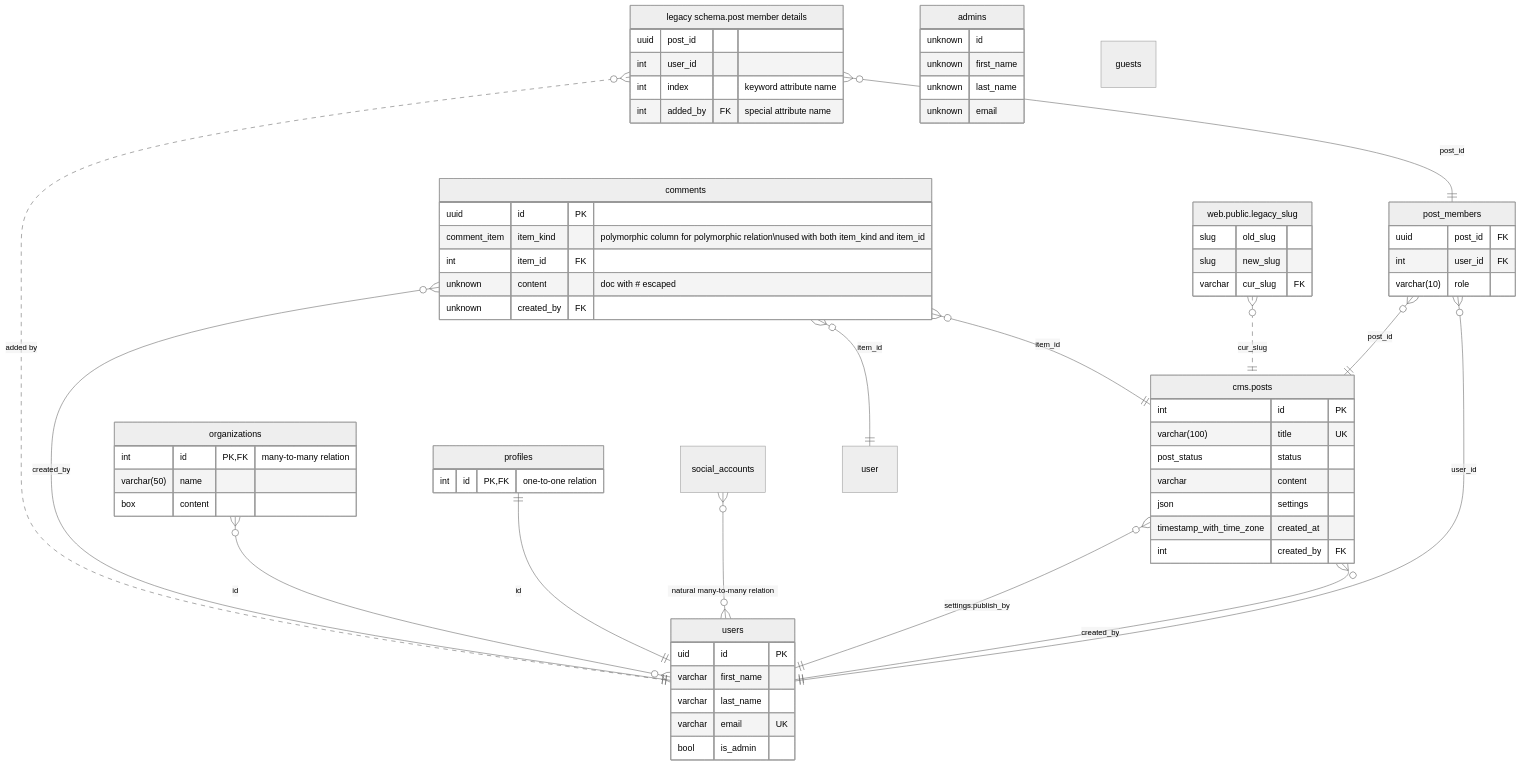
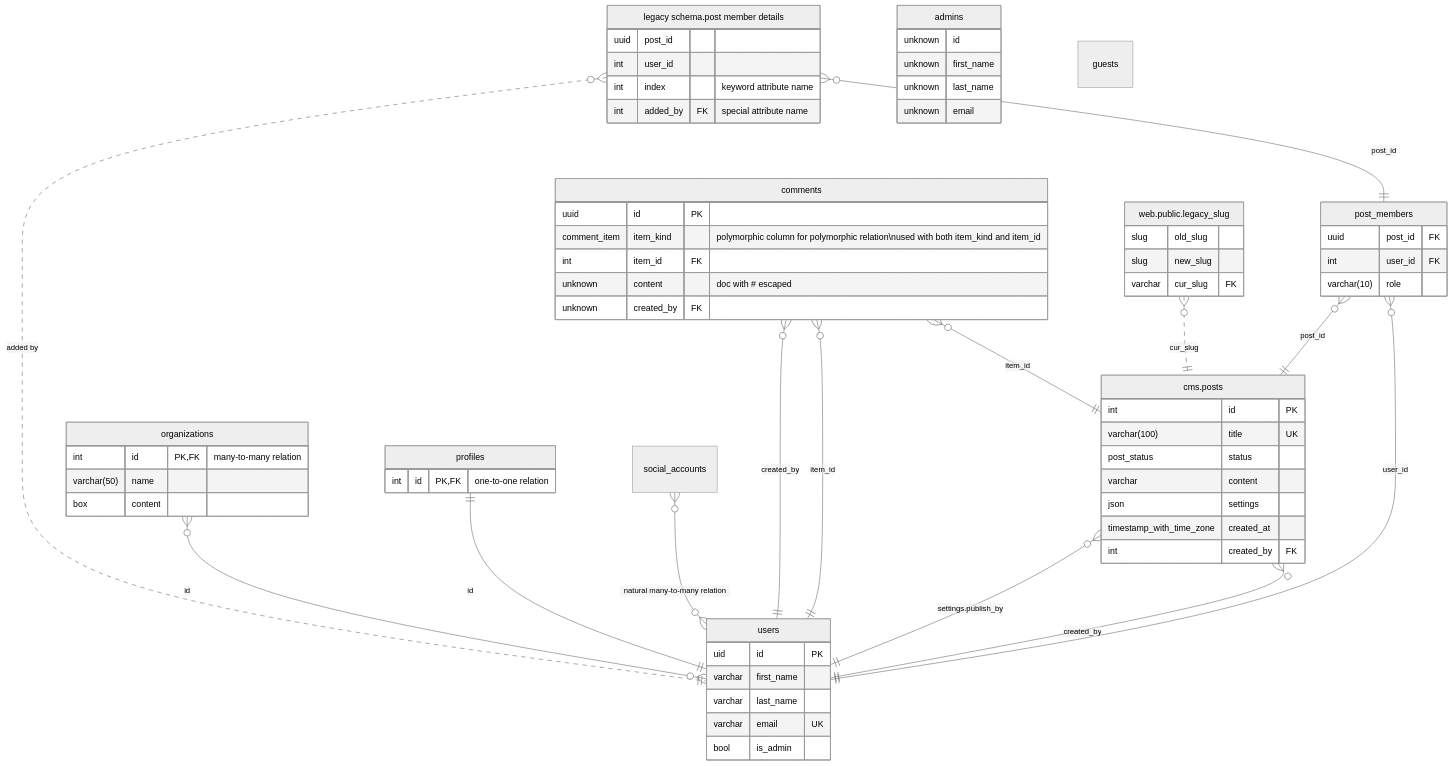
The diagram in libs/aml/resources/full.md (azimuttapp/azimutt), drawn with Mermaid (neutral theme) before and after one commit. The commit also changed other lines of this file and 6 other files, not shown here.

````diff
--- a/libs/aml/resources/full.md
+++ b/libs/aml/resources/full.md
@@ -166,81 +166,81 @@
 ```mermaid
 erDiagram
     users {
         uid id PK
         varchar first_name
         varchar last_name
         varchar email UK
         bool is_admin
     }
 
     "cms.posts" {
         int id PK
         varchar(100) title UK
         post_status status
         varchar content
         json settings
         timestamp_with_time_zone created_at
         int created_by FK
     }
     "cms.posts" }o--|| users : "settings.publish_by"
     "cms.posts" }o--|| users : created_by
 
     post_members {
         uuid post_id FK
         int user_id FK
         varchar(10) role
     }
     post_members }o--|| "cms.posts" : post_id
     post_members }o--|| users : user_id
 
     "legacy schema.post member details" {
         uuid post_id
         int user_id
         int index "keyword attribute name"
         int added_by FK "special attribute name"
     }
     "legacy schema.post member details" }o..|| users : "added by"
     "legacy schema.post member details" }o--|| post_members : post_id
 
     comments {
         uuid id PK
         comment_item item_kind "polymorphic column for polymorphic relation\nused with both item_kind and item_id"
         int item_id FK
         unknown content "doc with # escaped"
         unknown created_by FK
     }
     comments }o--|| users : created_by
-    comments }o--|| user : item_id
+    comments }o--|| users : item_id
     comments }o--|| "cms.posts" : item_id
 
     "web.public.legacy_slug" {
         slug old_slug
         slug new_slug
         varchar cur_slug FK
     }
     "web.public.legacy_slug" }o..|| "cms.posts" : cur_slug
 
     organizations {
         int id PK, FK "many-to-many relation"
         varchar(50) name
         box content
     }
     organizations }o--o{ users : id
 
     profiles {
         int id PK, FK "one-to-one relation"
     }
     profiles ||--|| users : id
 
     admins {
         unknown id
         unknown first_name
         unknown last_name
         unknown email
     }
 
     guests
 
     social_accounts
     social_accounts }o--o{ users : "natural many-to-many relation"
 ```
````
